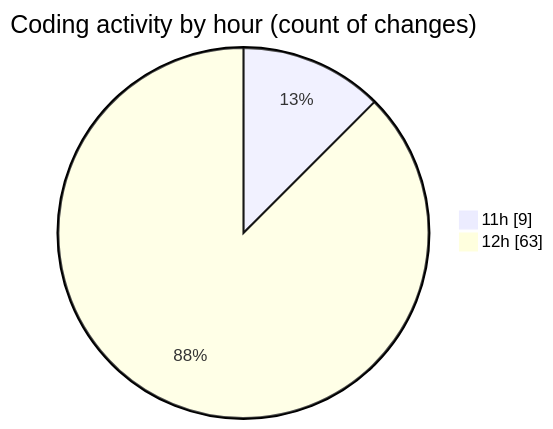
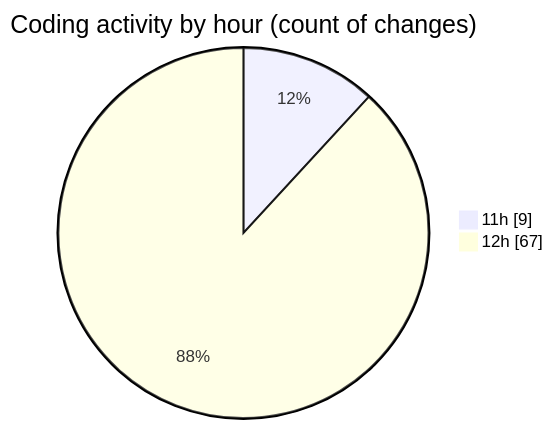
One commit to nxtqubesakshisongat/code-tracking changed the second of 2 diagrams in 2026-08-23/nxtqube_webapp/README.md. Above: the diagram before and after it, drawn with Mermaid. The commit also changed other lines of this file and 1 other file, not shown here.

````diff
--- a/2026-08-23/nxtqube_webapp/README.md
+++ b/2026-08-23/nxtqube_webapp/README.md
@@ -53,6 +55,6 @@
 ```mermaid
 pie showData
 title Coding activity by hour (count of changes)
 "11h" : 9
-"12h" : 63
+"12h" : 67
 ```
````
